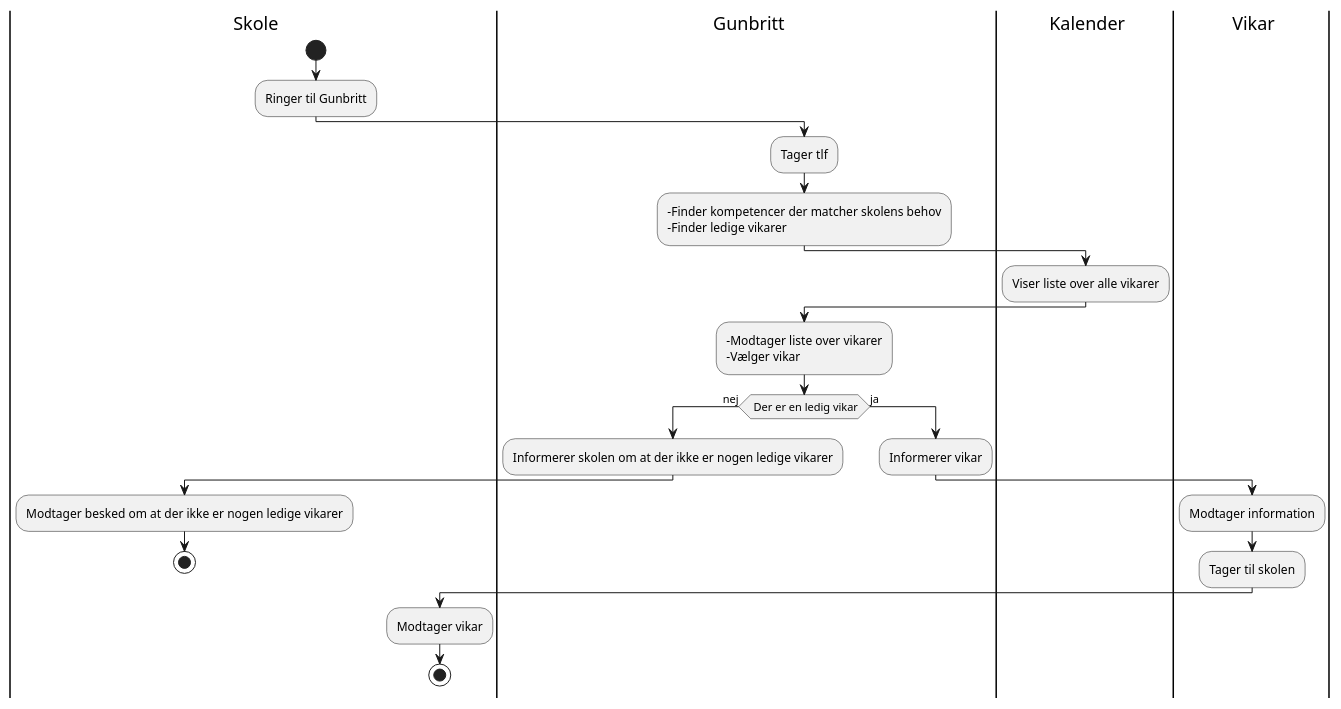
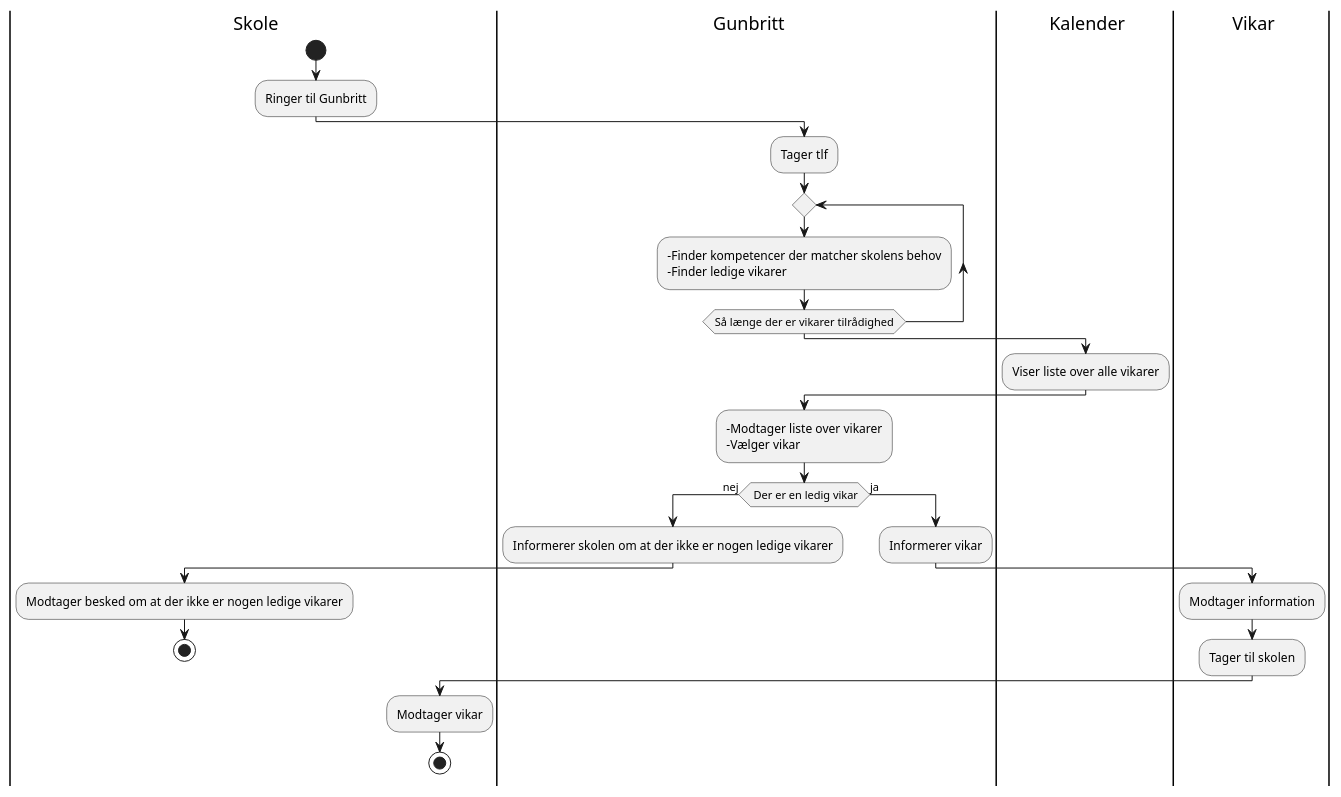
The diagram in LærerVikaren/LærerVikarenBPMN.plantuml (FilipMeldal/Team1A), drawn with PlantUML before and after one commit. The commit also changed 3 other files, not shown here.

```diff
--- a/LærerVikaren/LærerVikarenBPMN.plantuml
+++ b/LærerVikaren/LærerVikarenBPMN.plantuml
@@ -1,37 +1,40 @@
 @startuml
 
 |#White|s| Skole
 |#White|g| Gunbritt
 |#white|k| Kalender
 |#white|v| Vikar
 
 |s|
 start
 :Ringer til Gunbritt;
 |g|
 :Tager tlf;
+repeat 
 :-Finder kompetencer der matcher skolens behov
 -Finder ledige vikarer;
+repeat while (Så længe der er vikarer tilrådighed)
+
 |k|
 :Viser liste over alle vikarer;
 |g|
 :-Modtager liste over vikarer
 -Vælger vikar;
 if( Der er en ledig vikar) then (nej)
 |g|
     :Informerer skolen om at der ikke er nogen ledige vikarer;
 |s|
     :Modtager besked om at der ikke er nogen ledige vikarer;
     stop
 else (ja)
     |g|
     :Informerer vikar;
     |v|
     :Modtager information;
     :Tager til skolen;
 |s|
     :Modtager vikar;
 stop
 
 
 @enduml
```
